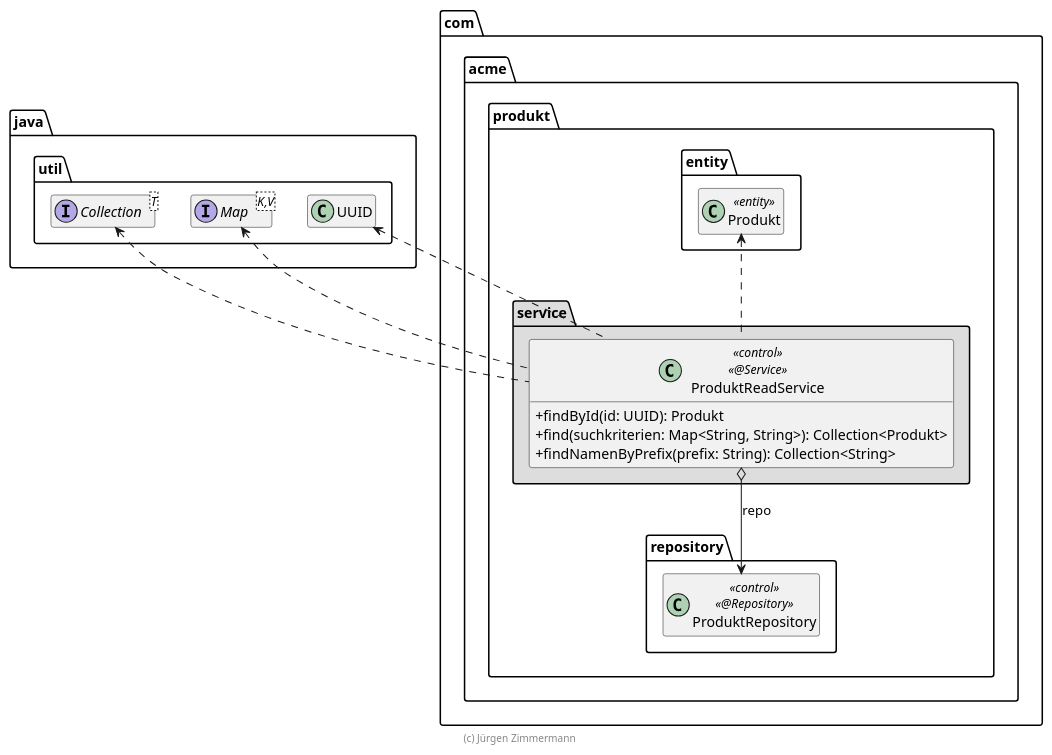
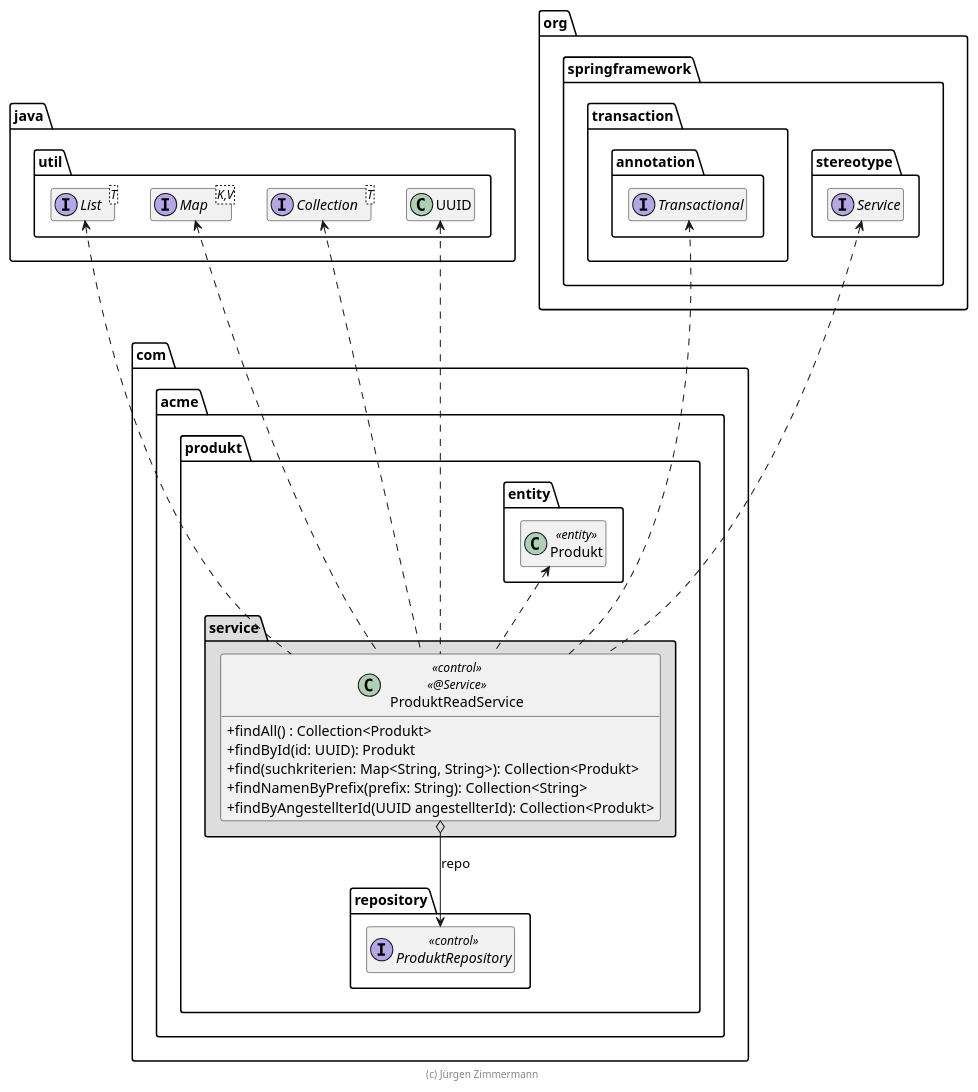
Before and after one commit to bichanhoang/produkt-v3: the diagram in extras/doc/ProduktReadService.plantuml, drawn with PlantUML. The commit also changed 11 other files, not shown here.

Commit message:
UML Diagramme und Specbuilder raus

```diff
--- a/extras/doc/ProduktReadService.plantuml
+++ b/extras/doc/ProduktReadService.plantuml
@@ -15,39 +15,59 @@
 @startuml ProduktReadService
 
 skinparam classAttributeIconSize 0
 
 package java.util {
     interface Collection<T>
     interface Map<K,V>
+    interface List<T>
     class UUID
+}
+
+package org.springframework {
+    package stereotype {
+        interface Service
+    }
+
+    package transaction.annotation {
+            interface Transactional
+        }
 }
 
 package com.acme.produkt {
     package entity {
         class Produkt << entity >>
+
+        Produkt .up[hidden].> UUID
+        Produkt .up[hidden].> Service
+        Produkt .up[hidden].> Transactional
     }
 
     package repository {
-        class ProduktRepository << control >> << @Repository >>
+        interface ProduktRepository << control >>
     }
 
     package service #DDDDDD {
         class ProduktReadService << control >> << @Service >> {
+            + findAll() : Collection<Produkt>
             + findById(id: UUID): Produkt
             + find(suchkriterien: Map<String, String>): Collection<Produkt>
             + findNamenByPrefix(prefix: String): Collection<String>
+            + findByAngestellterId(UUID angestellterId): Collection<Produkt>
         }
 
         ProduktReadService o--> ProduktRepository : repo
         ProduktReadService .up.> Produkt
         ProduktReadService .up.> UUID
-        ProduktReadService .up> Collection
+        ProduktReadService .up.> List
+        ProduktReadService .up.> Collection
+        ProduktReadService .up.> Service
         ProduktReadService .up.> Map
+        ProduktReadService ..> Transactional
     }
 }
 
 hide empty members
 
 footer (c) Jürgen Zimmermann
 
 @enduml
```
